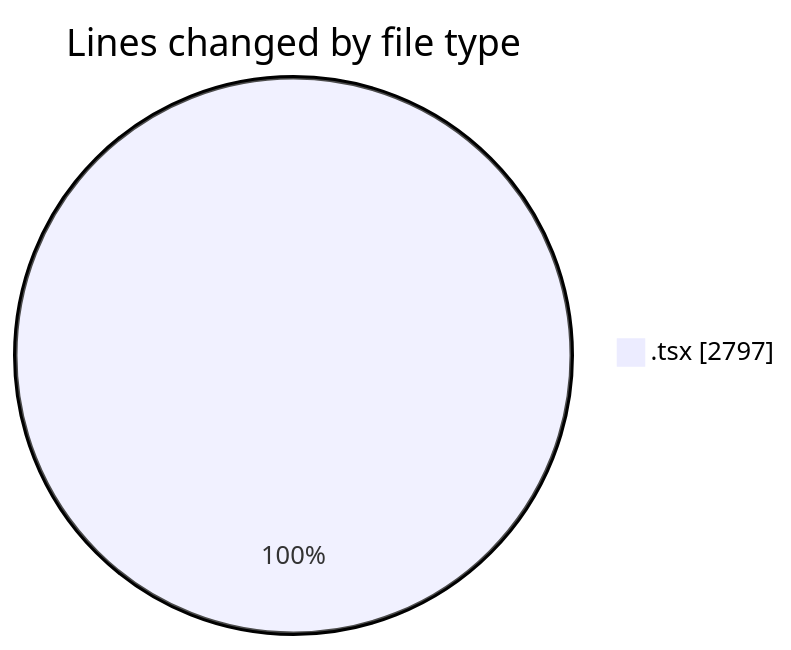
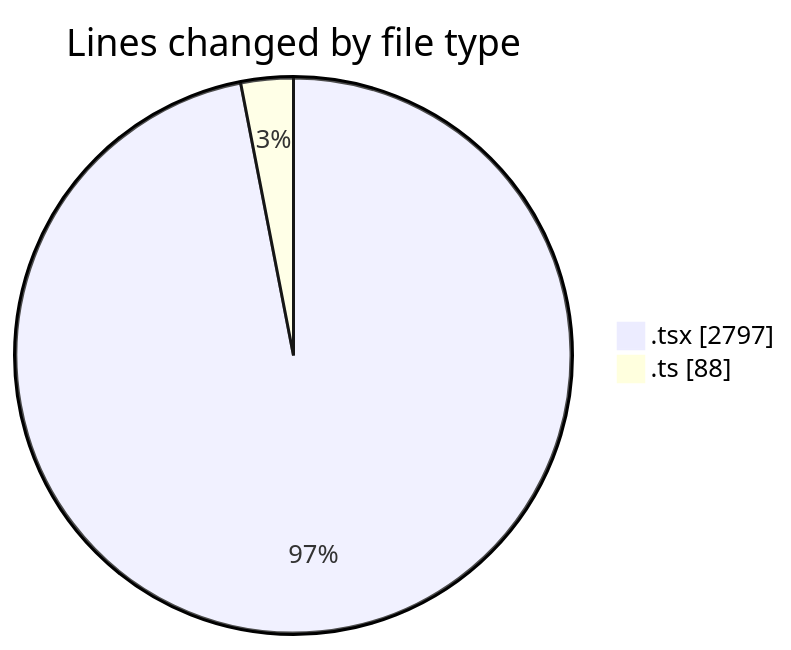
One commit to nxtqubesakshisongat/code-tracking changed the first of 2 diagrams in 2026-03-22/nxtqube_webapp/README.md. Above: the diagram before and after it, drawn with Mermaid. The commit also changed other lines of this file and 1 other file, not shown here.

````diff
--- a/2026-03-22/nxtqube_webapp/README.md
+++ b/2026-03-22/nxtqube_webapp/README.md
@@ -23,5 +24,6 @@
 ```mermaid
 pie showData
 title Lines changed by file type
 ".tsx" : 2797
+".ts" : 88
 ```
````
